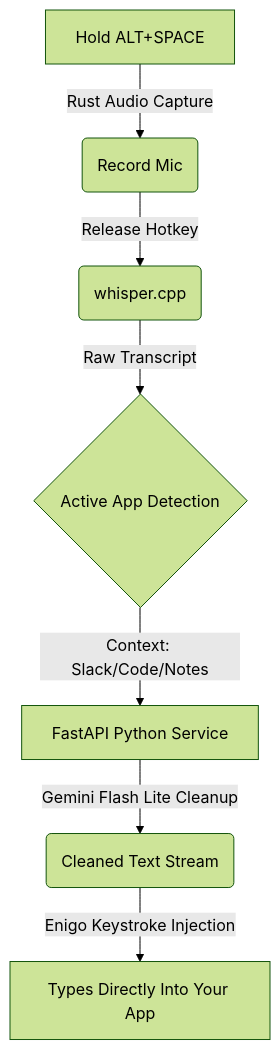
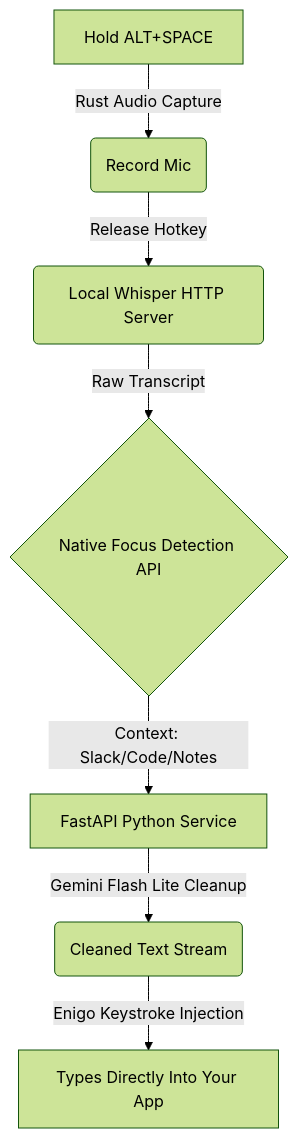
One commit to subhojeet-chowdhury/SpeakType changed the diagram in README.md. Above: the diagram before and after it, drawn with Mermaid (forest theme). The commit also changed other lines of this file and 9 other files, not shown here.

First line of the commit message:
refactor: implemented zero-latency architecture via native OS APIs and HTTP server

````diff
--- a/README.md
+++ b/README.md
@@ -38,9 +38,9 @@
 ```mermaid
 graph TD
     A[Hold ALT+SPACE] -->|Rust Audio Capture| B(Record Mic)
-    B -->|Release Hotkey| C(whisper.cpp)
-    C -->|Raw Transcript| D{Active App Detection}
+    B -->|Release Hotkey| C(Local Whisper HTTP Server)
+    C -->|Raw Transcript| D{Native Focus Detection API}
     D -->|Context: Slack/Code/Notes| E[FastAPI Python Service]
     E -->|Gemini Flash Lite Cleanup| F(Cleaned Text Stream)
     F -->|Enigo Keystroke Injection| G[Types Directly Into Your App]
 ```
````
